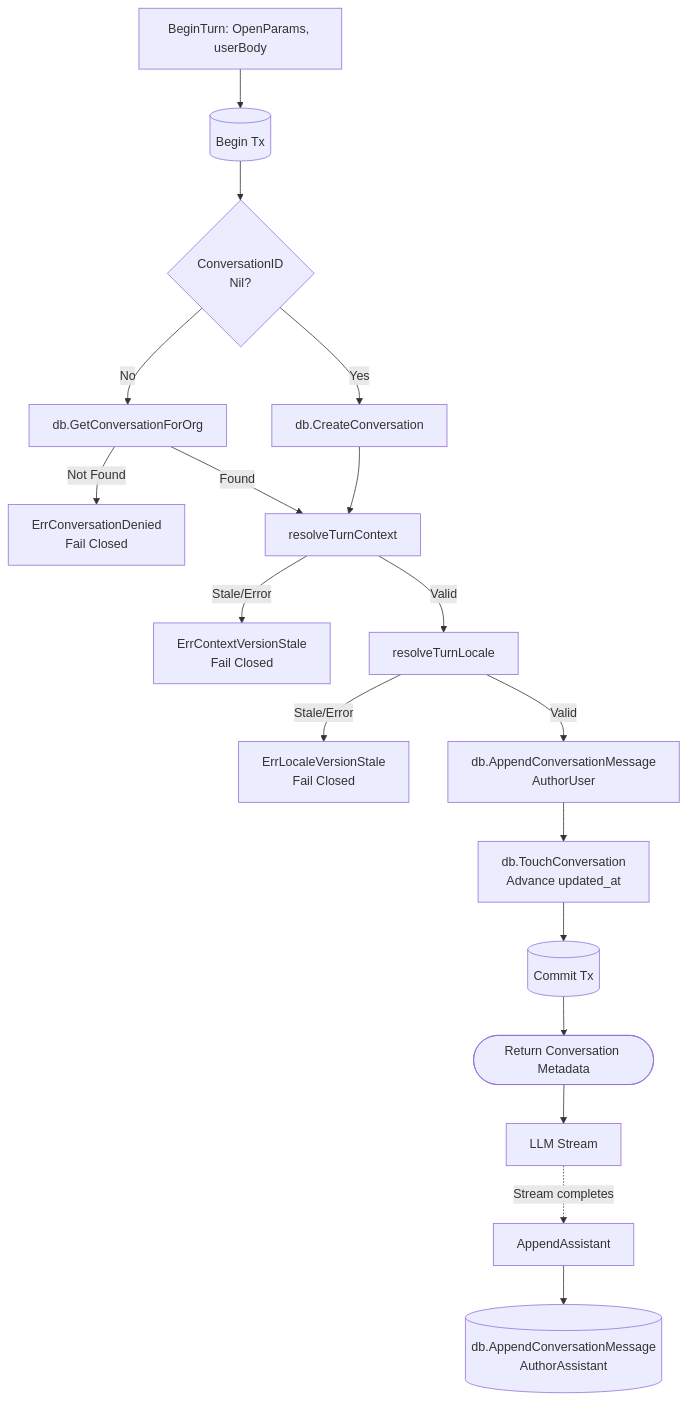
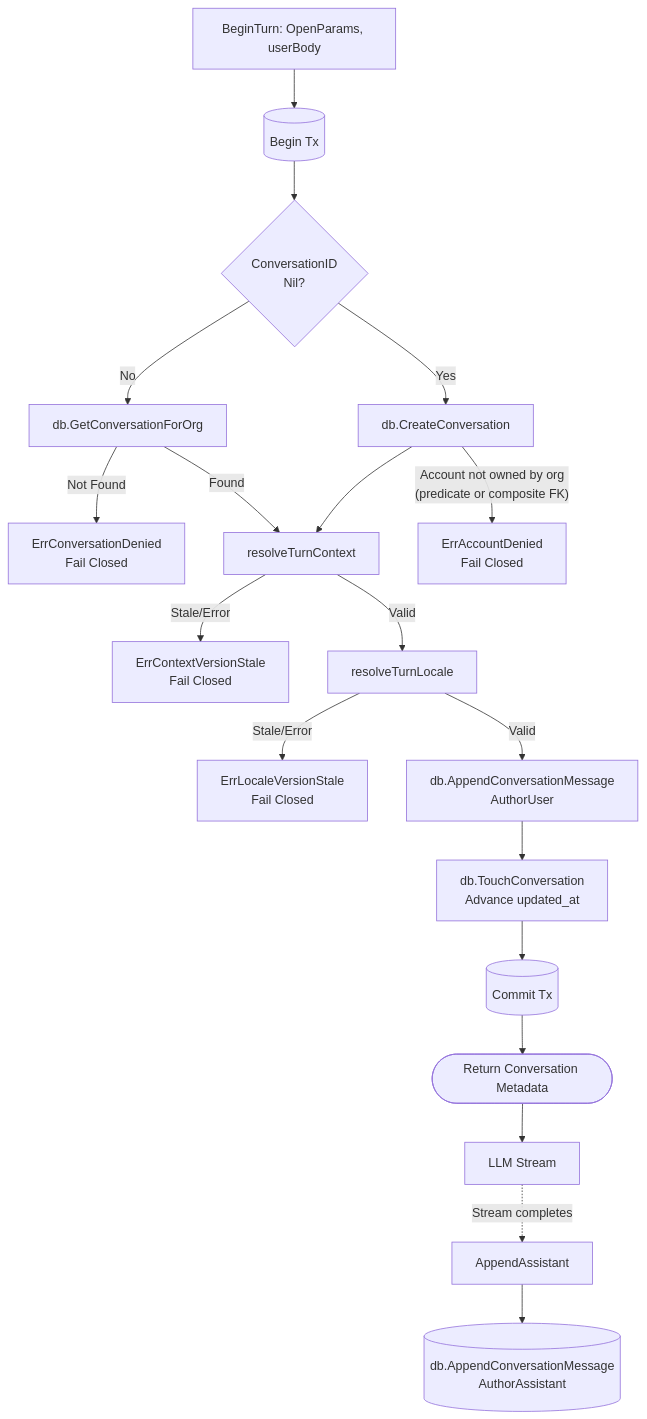
One commit to mhosseinab/market-ops changed the diagram in services/core/internal/conversation/README.md. Above: the diagram before and after it, drawn with Mermaid. The commit also changed other lines of this file and 15 other files, not shown here.

````diff
--- a/services/core/internal/conversation/README.md
+++ b/services/core/internal/conversation/README.md
@@ -26,26 +27,27 @@
 ```mermaid
 flowchart TD
     Begin[BeginTurn: OpenParams, userBody] --> Tx[(Begin Tx)]
     Tx --> CheckID{"ConversationID<br/>Nil?"}
     CheckID -->|Yes| Create[db.CreateConversation]
     CheckID -->|No| GetConv[db.GetConversationForOrg]
     
     GetConv -->|Not Found| ErrDenied["ErrConversationDenied<br/>Fail Closed"]
     GetConv -->|Found| ResolveCtx
+    Create -->|"Account not owned by org<br/>(predicate or composite FK)"| ErrAcct["ErrAccountDenied<br/>Fail Closed"]
     Create --> ResolveCtx[resolveTurnContext]
     
     ResolveCtx -->|Stale/Error| ErrCtx["ErrContextVersionStale<br/>Fail Closed"]
     ResolveCtx -->|Valid| ResolveLoc[resolveTurnLocale]
     
     ResolveLoc -->|Stale/Error| ErrLoc["ErrLocaleVersionStale<br/>Fail Closed"]
     ResolveLoc -->|Valid| AppendUser["db.AppendConversationMessage<br/>AuthorUser"]
     
     AppendUser --> Touch["db.TouchConversation<br/>Advance updated_at"]
     Touch --> Commit[(Commit Tx)]
     
     Commit --> RetConv([Return Conversation Metadata])
     RetConv --> LLM[LLM Stream]
     
     LLM -.->|Stream completes| AppendAsst[AppendAssistant]
     AppendAsst --> AppendAsstDB[("db.AppendConversationMessage<br/>AuthorAssistant")]
 ```
````
